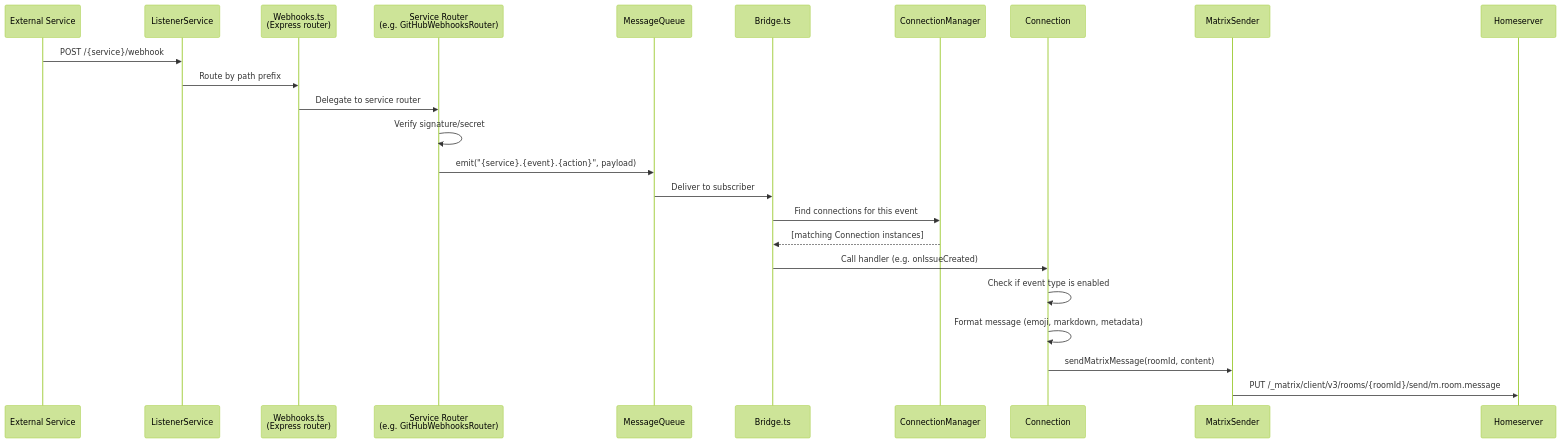
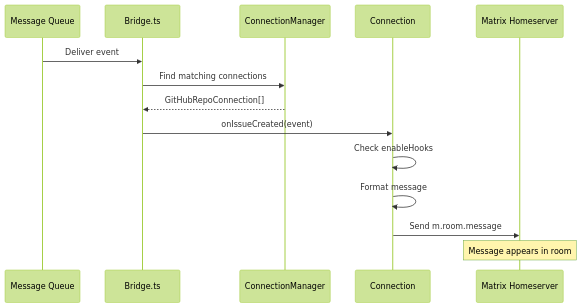
One commit to yncyrydybyl/matrix-hookshot changed the second of 3 diagrams in docs/understand/event-lifecycle.md. Above: the diagram before and after it, drawn with Mermaid (forest theme). The commit also changed other lines of this file and 2 other files, not shown here.

Commit message:
Print CSS, version dropdown, split event lifecycle diagrams (#20 #21 #22)
Three issues addressed in parallel:

#20 Mermaid readability:
- Split 10-participant inbound sequence diagram into two phases:
  Phase 1 (webhook reception, 4 participants) and
  Phase 2 (event dispatch, 5 participants)
- Each diagram is now readable without zooming

#21 Version history:
- Added Versions dropdown to nav bar linking to all 14 historical
  versions (1.0.0 through 1.8.1) on gh-pages
- Old versions keep their mdBook theme, current docs use VitePress

#22 Print/PDF:
- Full @media print CSS: hides nav/sidebar, full-width content,
  print-optimized typography (11pt body, 9pt tables)
- External link URLs shown in parentheses when printed
- Code blocks and tables avoid page breaks
- Mermaid diagrams avoid page breaks
- Print button CSS class (.print-page-btn) ready for use

````diff
--- a/docs/understand/event-lifecycle.md
+++ b/docs/understand/event-lifecycle.md
@@ -17,27 +35,17 @@
 ```mermaid
 sequenceDiagram
-    participant EXT as External Service
-    participant LIS as ListenerService
-    participant WH as Webhooks.ts<br/>(Express router)
-    participant SVC as Service Router<br/>(e.g. GitHubWebhooksRouter)
-    participant MQ as MessageQueue
-    participant BR as Bridge.ts
+    participant MQ as Message Queue
+    participant Bridge as Bridge.ts
     participant CM as ConnectionManager
-    participant CONN as Connection
-    participant MS as MatrixSender
-    participant HS as Homeserver
+    participant Conn as Connection
+    participant Matrix as Matrix Homeserver
 
-    EXT->>LIS: POST /{service}/webhook
-    LIS->>WH: Route by path prefix
-    WH->>SVC: Delegate to service router
-    SVC->>SVC: Verify signature/secret
-    SVC->>MQ: emit("{service}.{event}.{action}", payload)
-    MQ->>BR: Deliver to subscriber
-    BR->>CM: Find connections for this event
-    CM-->>BR: [matching Connection instances]
-    BR->>CONN: Call handler (e.g. onIssueCreated)
-    CONN->>CONN: Check if event type is enabled
-    CONN->>CONN: Format message (emoji, markdown, metadata)
-    CONN->>MS: sendMatrixMessage(roomId, content)
-    MS->>HS: PUT /_matrix/client/v3/rooms/{roomId}/send/m.room.message
+    MQ->>Bridge: Deliver event
+    Bridge->>CM: Find matching connections
+    CM-->>Bridge: GitHubRepoConnection[]
+    Bridge->>Conn: onIssueCreated(event)
+    Conn->>Conn: Check enableHooks
+    Conn->>Conn: Format message
+    Conn->>Matrix: Send m.room.message
+    Note over Matrix: Message appears in room
 ```
````
